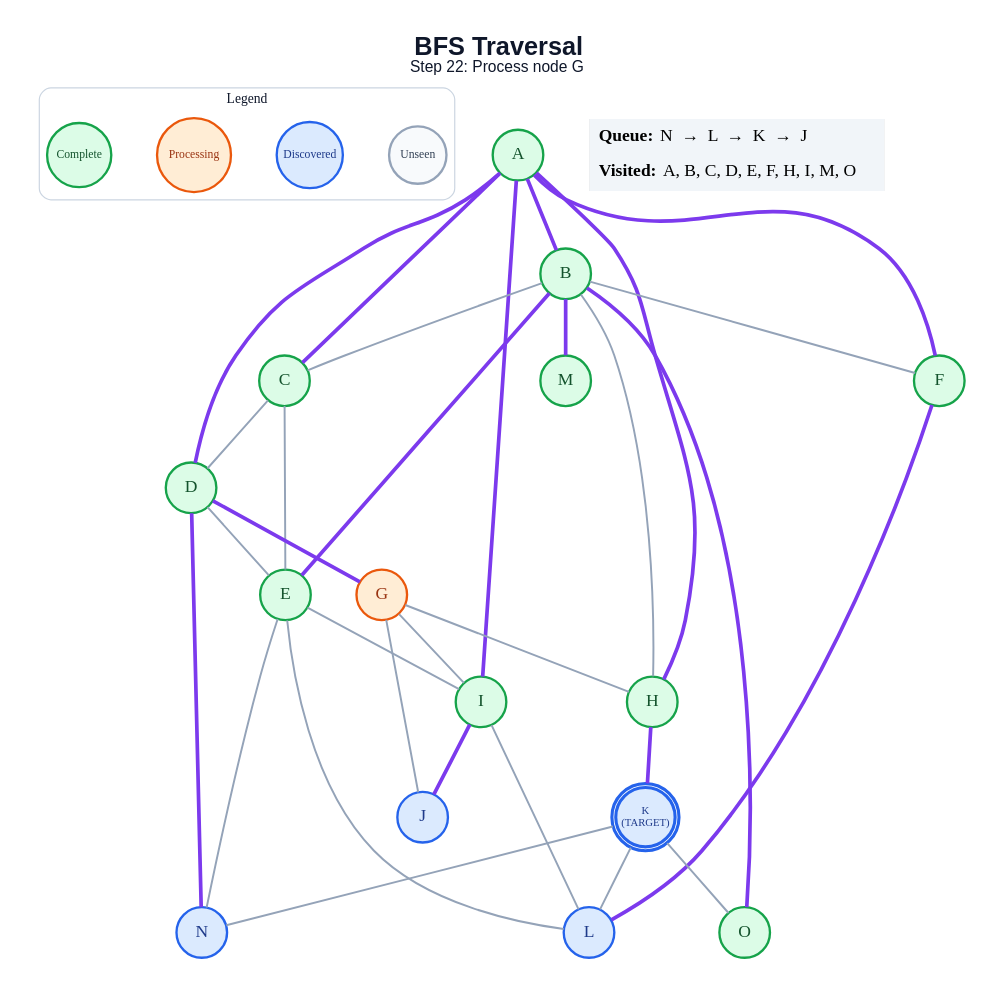
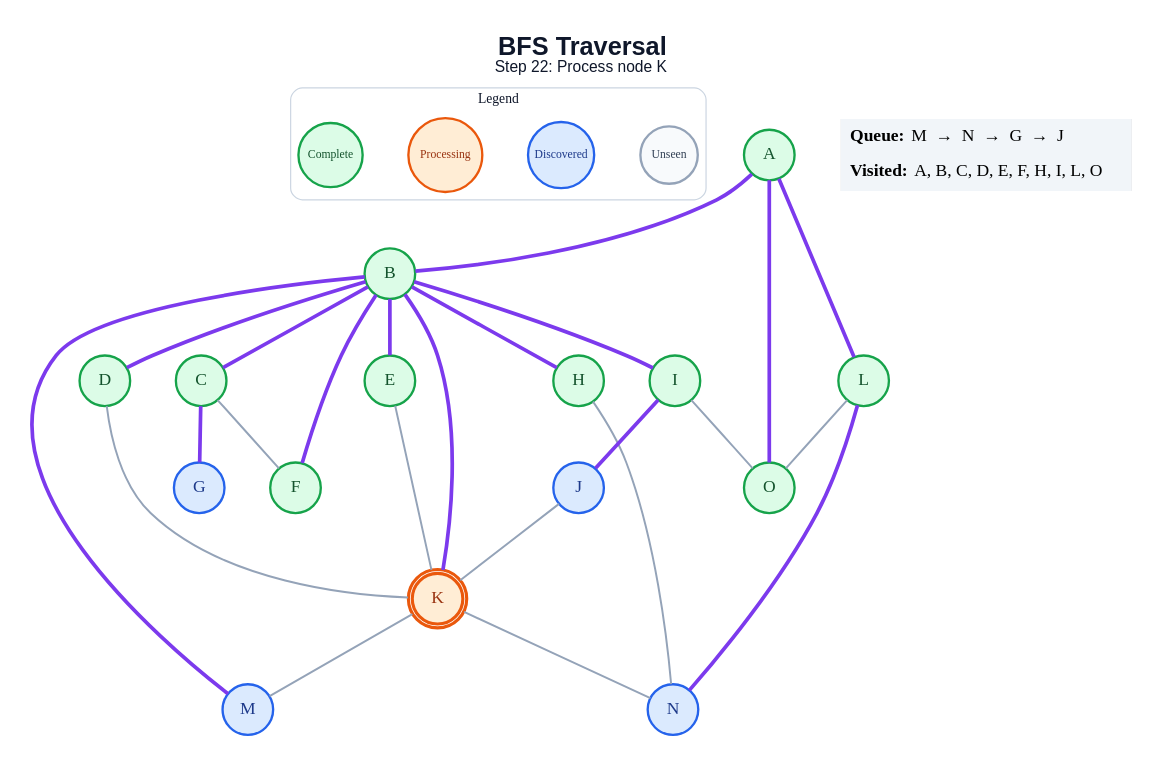
The diagram in generated/specific-node/bfs/step_22.dot (anon7238593-create/ai-slop), drawn with Graphviz before and after one commit. The commit also changed 289 other files, not shown here.

```diff
--- a/generated/specific-node/bfs/step_22.dot
+++ b/generated/specific-node/bfs/step_22.dot
@@ -1,64 +1,57 @@
 graph traversal {
   graph [layout=dot, rankdir=TB, bgcolor="#FFFFFF", pad="0.35", nodesep="0.65", ranksep="0.8", fontname="Arial"];
   node [shape=circle, style="filled", fontname="Arial Bold", fontsize=18, width=0.72, fixedsize=true, penwidth=2.4];
   edge [color="#94A3B8", penwidth=2.0];
-  label=<<B>BFS Traversal</B><BR/><FONT POINT-SIZE="16">Step 22: Process node G</FONT>>; labelloc="t"; fontsize=26; fontname="Arial"; fontcolor="#0F172A";
+  label=<<B>BFS Traversal</B><BR/><FONT POINT-SIZE="16">Step 22: Process node K</FONT>>; labelloc="t"; fontsize=26; fontname="Arial"; fontcolor="#0F172A";
   subgraph cluster_legend { label="Legend"; color="#CBD5E1"; penwidth=1.2; style="rounded"; fontsize=14; fontname="Arial Bold";
     key_unseen [label="Unseen", fillcolor="#F8FAFC", color="#94A3B8", fontcolor="#334155", fontsize=12, width=0.82];
     key_frontier [label="Discovered", fillcolor="#DBEAFE", color="#2563EB", fontcolor="#1E3A8A", fontsize=12, width=0.95];
     key_current [label="Processing", fillcolor="#FFEDD5", color="#EA580C", fontcolor="#9A3412", fontsize=12, width=1.05];
     key_done [label="Complete", fillcolor="#DCFCE7", color="#16A34A", fontcolor="#14532D", fontsize=12, width=0.92];
     { rank=same; key_unseen; key_frontier; key_current; key_done; }
   }
   A [label="A", fillcolor="#DCFCE7", color="#16A34A", fontcolor="#14532D", peripheries=1, penwidth=2.4];
   B [label="B", fillcolor="#DCFCE7", color="#16A34A", fontcolor="#14532D", peripheries=1, penwidth=2.4];
   C [label="C", fillcolor="#DCFCE7", color="#16A34A", fontcolor="#14532D", peripheries=1, penwidth=2.4];
   D [label="D", fillcolor="#DCFCE7", color="#16A34A", fontcolor="#14532D", peripheries=1, penwidth=2.4];
   E [label="E", fillcolor="#DCFCE7", color="#16A34A", fontcolor="#14532D", peripheries=1, penwidth=2.4];
   F [label="F", fillcolor="#DCFCE7", color="#16A34A", fontcolor="#14532D", peripheries=1, penwidth=2.4];
-  G [label="G", fillcolor="#FFEDD5", color="#EA580C", fontcolor="#9A3412", peripheries=1, penwidth=2.4];
+  G [label="G", fillcolor="#DBEAFE", color="#2563EB", fontcolor="#1E3A8A", peripheries=1, penwidth=2.4];
   H [label="H", fillcolor="#DCFCE7", color="#16A34A", fontcolor="#14532D", peripheries=1, penwidth=2.4];
   I [label="I", fillcolor="#DCFCE7", color="#16A34A", fontcolor="#14532D", peripheries=1, penwidth=2.4];
   J [label="J", fillcolor="#DBEAFE", color="#2563EB", fontcolor="#1E3A8A", peripheries=1, penwidth=2.4];
-  K [label="K\n(TARGET)", fillcolor="#DBEAFE", color="#2563EB", fontcolor="#1E3A8A", peripheries=2, penwidth=3.2, fontsize=11, width=0.85, height=0.85];
-  L [label="L", fillcolor="#DBEAFE", color="#2563EB", fontcolor="#1E3A8A", peripheries=1, penwidth=2.4];
-  M [label="M", fillcolor="#DCFCE7", color="#16A34A", fontcolor="#14532D", peripheries=1, penwidth=2.4];
+  K [label="K", fillcolor="#FFEDD5", color="#EA580C", fontcolor="#9A3412", peripheries=2, penwidth=3.2];
+  L [label="L", fillcolor="#DCFCE7", color="#16A34A", fontcolor="#14532D", peripheries=1, penwidth=2.4];
+  M [label="M", fillcolor="#DBEAFE", color="#2563EB", fontcolor="#1E3A8A", peripheries=1, penwidth=2.4];
   N [label="N", fillcolor="#DBEAFE", color="#2563EB", fontcolor="#1E3A8A", peripheries=1, penwidth=2.4];
   O [label="O", fillcolor="#DCFCE7", color="#16A34A", fontcolor="#14532D", peripheries=1, penwidth=2.4];
   A -- B [color="#7C3AED", penwidth=3.8];
-  A -- C [color="#7C3AED", penwidth=3.8];
-  A -- D [color="#7C3AED", penwidth=3.8];
-  A -- F [color="#7C3AED", penwidth=3.8];
-  A -- H [color="#7C3AED", penwidth=3.8];
-  A -- I [color="#7C3AED", penwidth=3.8];
-  B -- C;
+  A -- L [color="#7C3AED", penwidth=3.8];
+  A -- O [color="#7C3AED", penwidth=3.8];
+  B -- C [color="#7C3AED", penwidth=3.8];
+  B -- D [color="#7C3AED", penwidth=3.8];
   B -- E [color="#7C3AED", penwidth=3.8];
-  B -- F;
-  B -- H;
+  B -- F [color="#7C3AED", penwidth=3.8];
+  B -- H [color="#7C3AED", penwidth=3.8];
+  B -- I [color="#7C3AED", penwidth=3.8];
+  B -- K [color="#7C3AED", penwidth=3.8];
   B -- M [color="#7C3AED", penwidth=3.8];
-  B -- O [color="#7C3AED", penwidth=3.8];
-  C -- D;
-  C -- E;
-  D -- E;
-  D -- G [color="#7C3AED", penwidth=3.8];
-  D -- N [color="#7C3AED", penwidth=3.8];
-  E -- I;
-  E -- L;
-  E -- N;
-  F -- L [color="#7C3AED", penwidth=3.8];
-  G -- H;
-  G -- I;
-  G -- J;
-  H -- K [color="#7C3AED", penwidth=3.8];
+  C -- F;
+  C -- G [color="#7C3AED", penwidth=3.8];
+  D -- K;
+  E -- K;
+  H -- N;
   I -- J [color="#7C3AED", penwidth=3.8];
-  I -- L;
-  K -- L;
+  I -- O;
+  J -- K;
+  K -- M;
   K -- N;
-  K -- O;
+  L -- N [color="#7C3AED", penwidth=3.8];
+  L -- O;
   status [shape=plain, fixedsize=false, width=0, height=0, margin=0, label=<
     <TABLE BORDER="0" CELLBORDER="0" CELLPADDING="7" BGCOLOR="#F1F5F9">
-      <TR><TD ALIGN="LEFT"><B>Queue:</B> N  →  L  →  K  →  J</TD></TR>
-      <TR><TD ALIGN="LEFT"><B>Visited:</B> A, B, C, D, E, F, H, I, M, O</TD></TR>
+      <TR><TD ALIGN="LEFT"><B>Queue:</B> M  →  N  →  G  →  J</TD></TR>
+      <TR><TD ALIGN="LEFT"><B>Visited:</B> A, B, C, D, E, F, H, I, L, O</TD></TR>
     </TABLE>
   >];
 }
```
